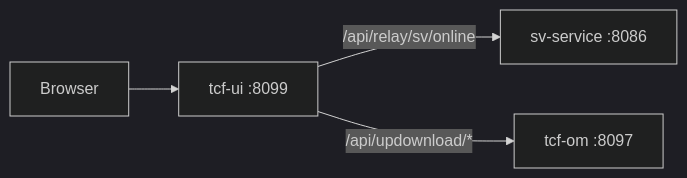
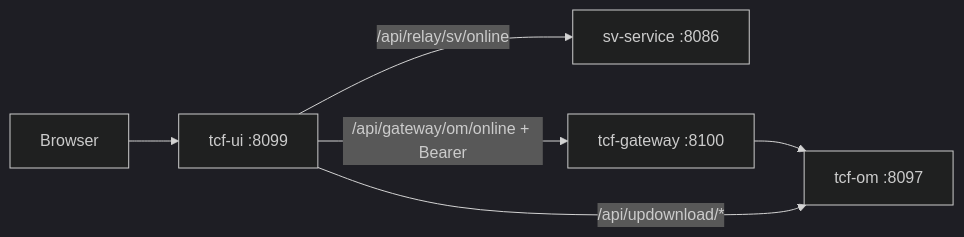
Before and after one commit to changwskr/nsight-tcf-framework: the first of 2 diagrams in zarchitecture/13-UI-채널-아키텍처.md, drawn with Mermaid (dark theme). The commit also changed other lines of this file and 23 other files, not shown here.

````diff
--- a/zarchitecture/13-UI-채널-아키텍처.md
+++ b/zarchitecture/13-UI-채널-아키텍처.md
@@ -27,6 +27,8 @@
 ```mermaid
 flowchart LR
     B[Browser] --> UI[tcf-ui :8099]
     UI -->|/api/relay/sv/online| SV[sv-service :8086]
-    UI -->|/api/updownload/*| OM[tcf-om :8097]
+    UI -->|/api/gateway/om/online + Bearer| GW[tcf-gateway :8100]
+    GW --> OM[tcf-om :8097]
+    UI -->|/api/updownload/*| OM
 ```
````
